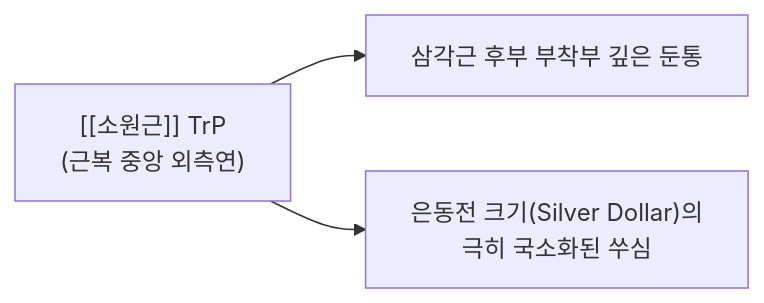
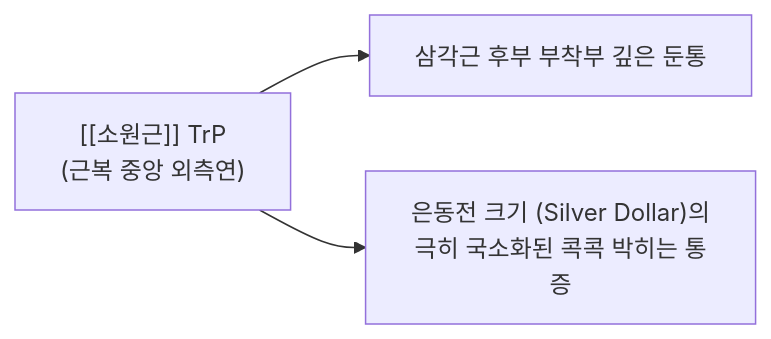
One commit to simbio11/simbio-digital-garden2 changed the third of 3 diagrams in content/1. 근골격계 공부/근육/(4) 어깨/소원근.md. Above: the diagram before and after it, drawn with Mermaid. The commit also changed other lines of this file and 150 other files, not shown here.

````diff
--- a/content/1. 근골격계 공부/근육/(4) 어깨/소원근.md
+++ b/content/1. 근골격계 공부/근육/(4) 어깨/소원근.md
@@ -75,7 +77,5 @@
 ```mermaid
 flowchart LR
-    TP["[[소원근]] TrP
-(근복 중앙 외측연)"] --> Zone1["삼각근 후부 부착부 깊은 둔통"]
-    TP --> Zone2["은동전 크기(Silver Dollar)의
-극히 국소화된 쑤심"]
+    TP["[[소원근]] TrP<br>(근복 중앙 외측연)"] --> Zone1["삼각근 후부 부착부 깊은 둔통"]
+    TP --> Zone2["은동전 크기 (Silver Dollar)의<br>극히 국소화된 콕콕 박히는 통증"]
 ```
````
